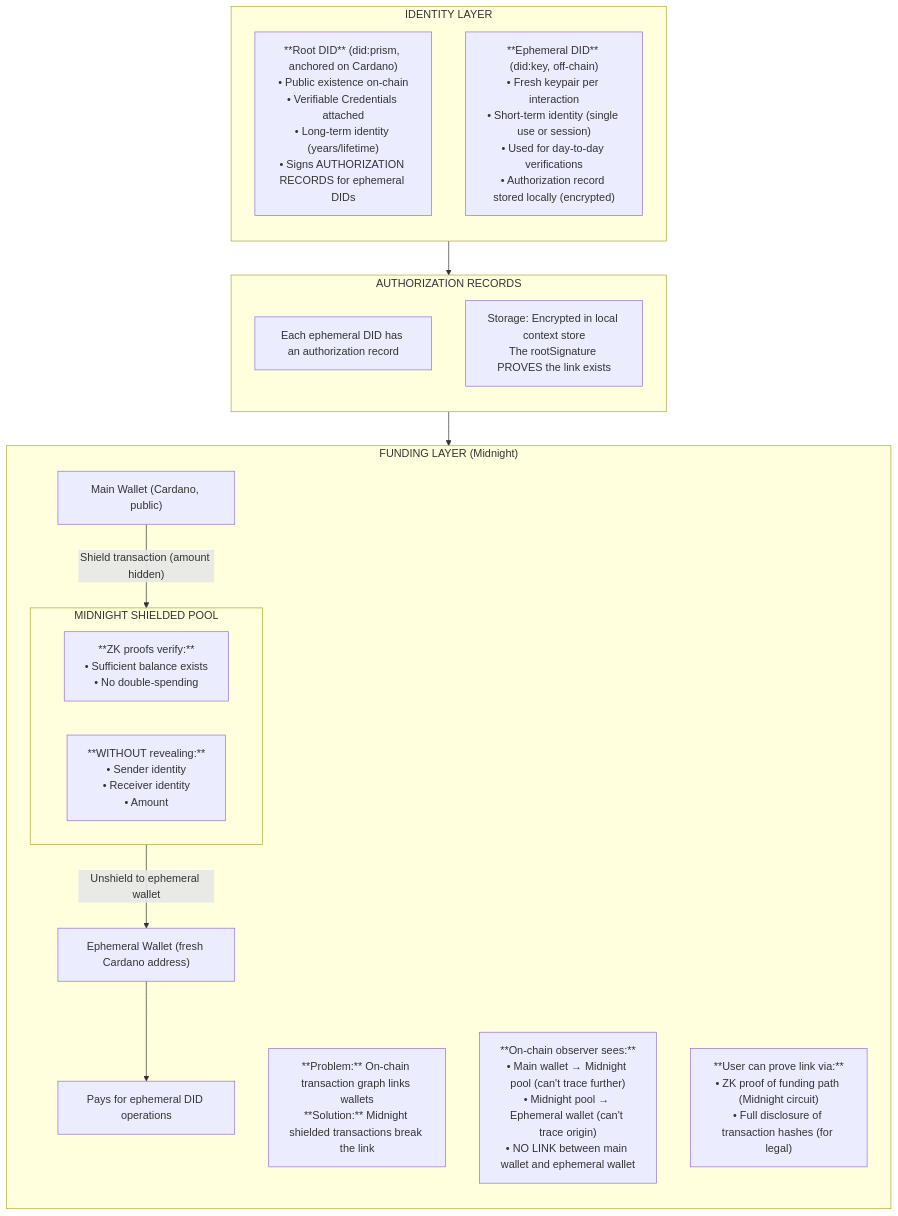
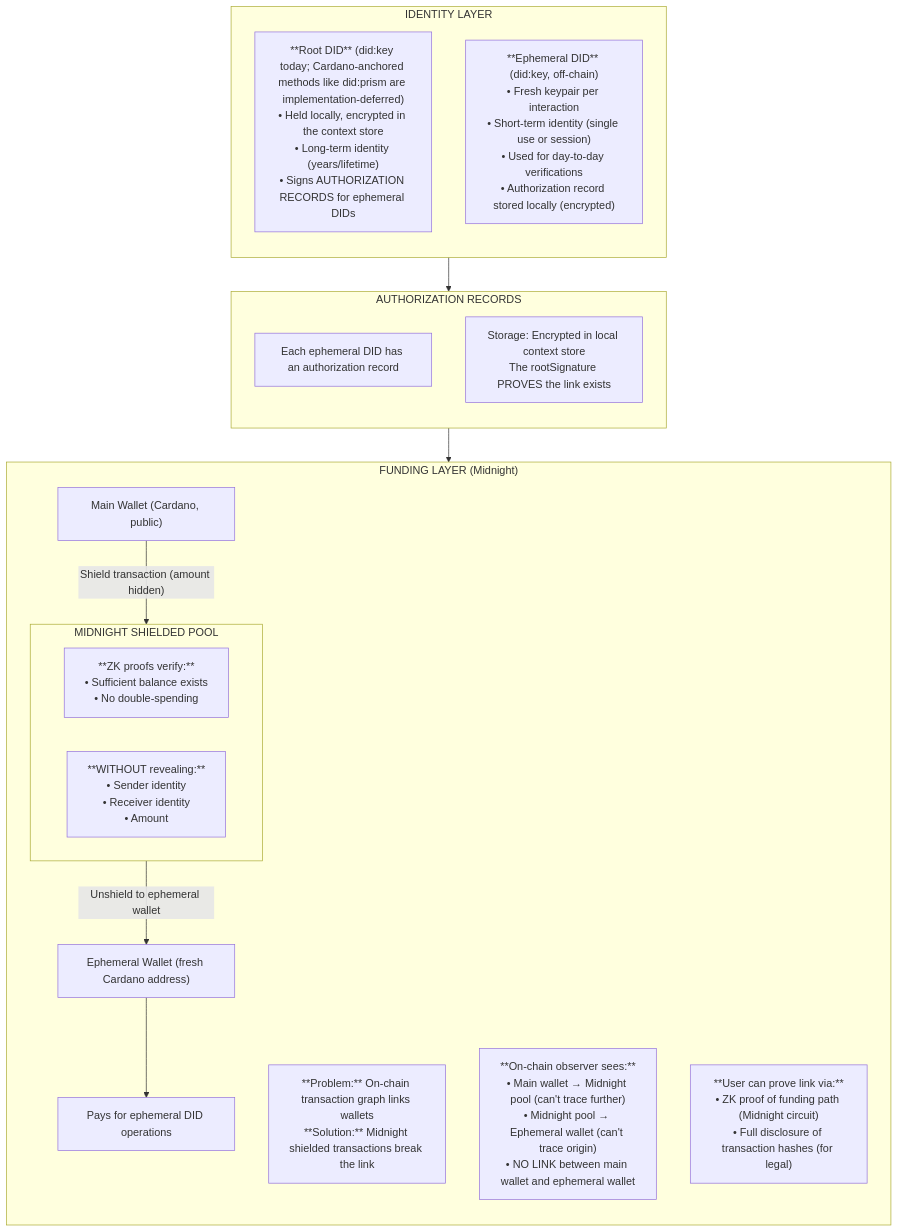
The diagram in docs/concepts/identity-privacy-model.md (freehold-earth/freehold), drawn with Mermaid before and after one commit. The commit also changed other lines of this file and 5 other files, not shown here.

````diff
--- a/docs/concepts/identity-privacy-model.md
+++ b/docs/concepts/identity-privacy-model.md
@@ -36,40 +36,40 @@
 ```mermaid
 flowchart TB
     subgraph IdentityLayer["IDENTITY LAYER"]
         direction TB
-        RootDID["**Root DID** (did:prism, anchored on Cardano)<br/>• Public existence on-chain<br/>• Verifiable Credentials attached<br/>• Long-term identity (years/lifetime)<br/>• Signs AUTHORIZATION RECORDS for ephemeral DIDs"]
+        RootDID["**Root DID** (did:key today; Cardano-anchored methods like did:prism are implementation-deferred)<br/>• Held locally, encrypted in the context store<br/>• Long-term identity (years/lifetime)<br/>• Signs AUTHORIZATION RECORDS for ephemeral DIDs"]
         EphemeralDID["**Ephemeral DID** (did:key, off-chain)<br/>• Fresh keypair per interaction<br/>• Short-term identity (single use or session)<br/>• Used for day-to-day verifications<br/>• Authorization record stored locally (encrypted)"]
     end
 
     subgraph AuthRecords["AUTHORIZATION RECORDS"]
         direction TB
         RecordDesc["Each ephemeral DID has an authorization record"]
         RecordExample["Storage: Encrypted in local context store<br/>The rootSignature PROVES the link exists"]
     end
 
     subgraph FundingLayer["FUNDING LAYER (Midnight)"]
         direction TB
         Problem["**Problem:** On-chain transaction graph links wallets<br/>**Solution:** Midnight shielded transactions break the link"]
 
         MainWallet["Main Wallet (Cardano, public)"]
 
         subgraph ShieldedPool["MIDNIGHT SHIELDED POOL"]
             PoolVerify["**ZK proofs verify:**<br/>• Sufficient balance exists<br/>• No double-spending"]
             PoolHide["**WITHOUT revealing:**<br/>• Sender identity<br/>• Receiver identity<br/>• Amount"]
         end
 
         EphemeralWallet["Ephemeral Wallet (fresh Cardano address)"]
         Operations["Pays for ephemeral DID operations"]
 
         Observer["**On-chain observer sees:**<br/>• Main wallet → Midnight pool (can't trace further)<br/>• Midnight pool → Ephemeral wallet (can't trace origin)<br/>• NO LINK between main wallet and ephemeral wallet"]
 
         UserProof["**User can prove link via:**<br/>• ZK proof of funding path (Midnight circuit)<br/>• Full disclosure of transaction hashes (for legal)"]
 
         MainWallet -->|"Shield transaction (amount hidden)"| ShieldedPool
         ShieldedPool -->|"Unshield to ephemeral wallet"| EphemeralWallet
         EphemeralWallet --> Operations
     end
 
     IdentityLayer --> AuthRecords
     AuthRecords --> FundingLayer
 ```
````
